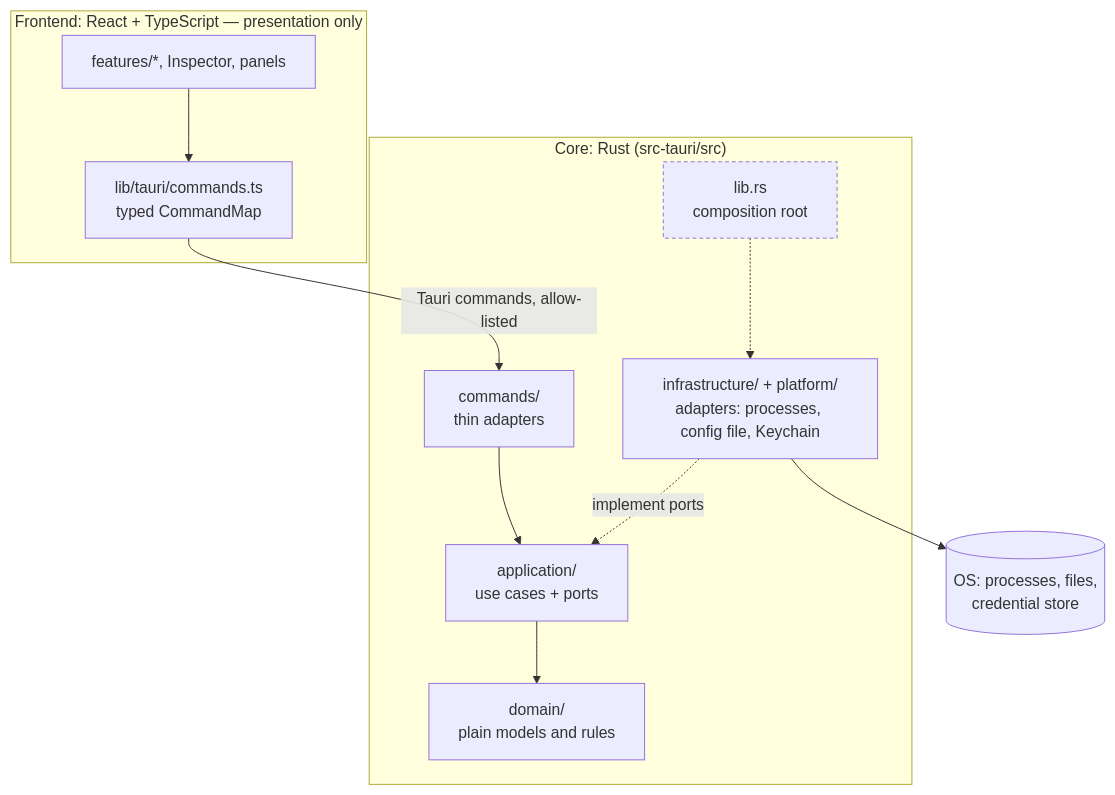
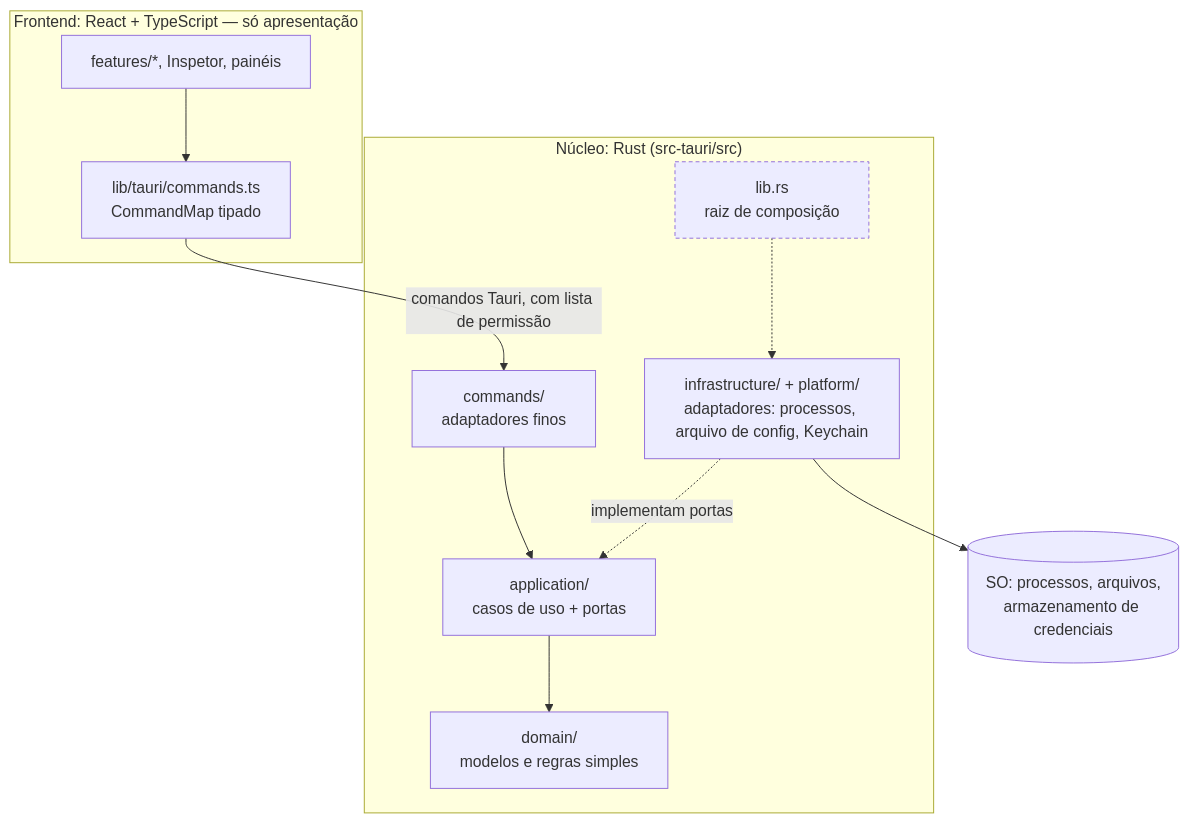
The second of 6 diagrams in docs/architecture/diagrams.md (LucasAlt40/project-atlas), drawn with Mermaid before and after one commit. The commit also changed other lines of this file and 38 other files, not shown here.

Commit message:
docs: translate architecture documentation to Portuguese

````diff
--- a/docs/architecture/diagrams.md
+++ b/docs/architecture/diagrams.md
@@ -67,19 +68,19 @@
 ```mermaid
 flowchart TB
-    subgraph FE["Frontend: React + TypeScript — presentation only"]
-        UI["features/*, Inspector, panels"] --> Cmd["lib/tauri/commands.ts<br/>typed CommandMap"]
+    subgraph FE["Frontend: React + TypeScript — só apresentação"]
+        UI["features/*, Inspetor, painéis"] --> Cmd["lib/tauri/commands.ts<br/>CommandMap tipado"]
     end
-    Cmd -->|"Tauri commands, allow-listed"| Commands
+    Cmd -->|"comandos Tauri, com lista de permissão"| Commands
 
-    subgraph Core["Core: Rust (src-tauri/src)"]
-        Commands["commands/<br/>thin adapters"] --> App
-        App["application/<br/>use cases + ports"] --> Dom["domain/<br/>plain models and rules"]
-        Infra["infrastructure/ + platform/<br/>adapters: processes, config file, Keychain"] -.->|"implement ports"| App
-        Lib["lib.rs<br/>composition root"] -.-> Infra
+    subgraph Core["Núcleo: Rust (src-tauri/src)"]
+        Commands["commands/<br/>adaptadores finos"] --> App
+        App["application/<br/>casos de uso + portas"] --> Dom["domain/<br/>modelos e regras simples"]
+        Infra["infrastructure/ + platform/<br/>adaptadores: processos, arquivo de config, Keychain"] -.->|"implementam portas"| App
+        Lib["lib.rs<br/>raiz de composição"] -.-> Infra
     end
 
-    Infra --> OS[("OS: processes, files,<br/>credential store")]
+    Infra --> OS[("SO: processos, arquivos,<br/>armazenamento de credenciais")]
 
     classDef note stroke-dasharray: 4 3;
     class Lib note;
 ```
````
